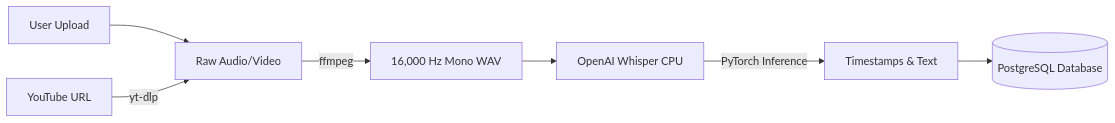
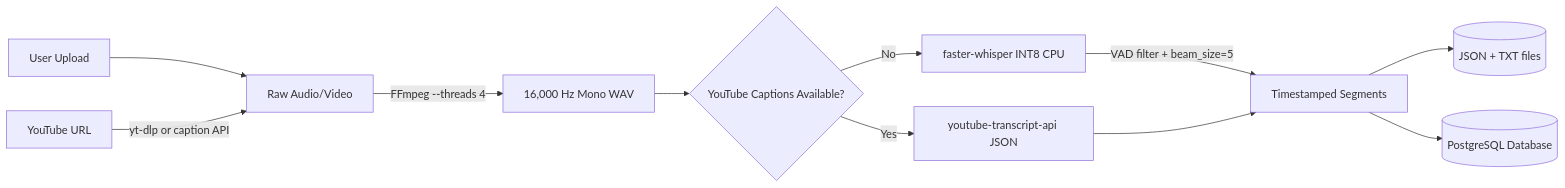
One commit to Meetvirugama/EduScribe-AI changed the diagram in docs/Audio_Transcription.md. Above: the diagram before and after it, drawn with Mermaid. The commit also changed other lines of this file and 17 other files, not shown here.

````diff
--- a/docs/Audio_Transcription.md
+++ b/docs/Audio_Transcription.md
@@ -7,9 +7,13 @@
 ```mermaid
 graph LR
     A[User Upload] --> C
-    B[YouTube URL] -->|yt-dlp| C[Raw Audio/Video]
-    C -->|ffmpeg| D[16,000 Hz Mono WAV]
-    D --> E[OpenAI Whisper CPU]
-    E -->|PyTorch Inference| F[Timestamps & Text]
-    F --> G[(PostgreSQL Database)]
+    B[YouTube URL] -->|yt-dlp or caption API| C[Raw Audio/Video]
+    C -->|FFmpeg --threads 4| D[16,000 Hz Mono WAV]
+    D --> E{YouTube Captions Available?}
+    E -->|Yes| F[youtube-transcript-api JSON]
+    E -->|No| G[faster-whisper INT8 CPU]
+    G -->|VAD filter + beam_size=5| H[Timestamped Segments]
+    F --> H
+    H --> I[(JSON + TXT files)]
+    H --> J[(PostgreSQL Database)]
 ```
````
